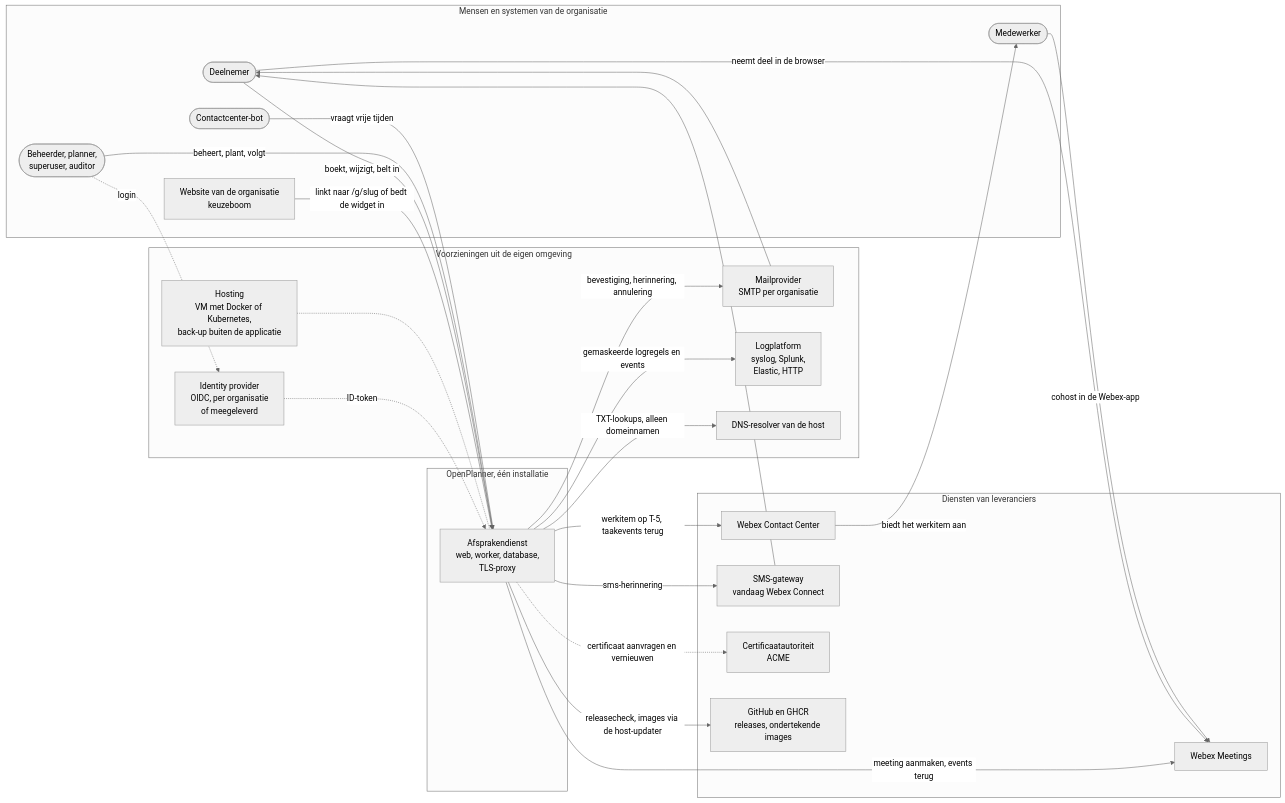
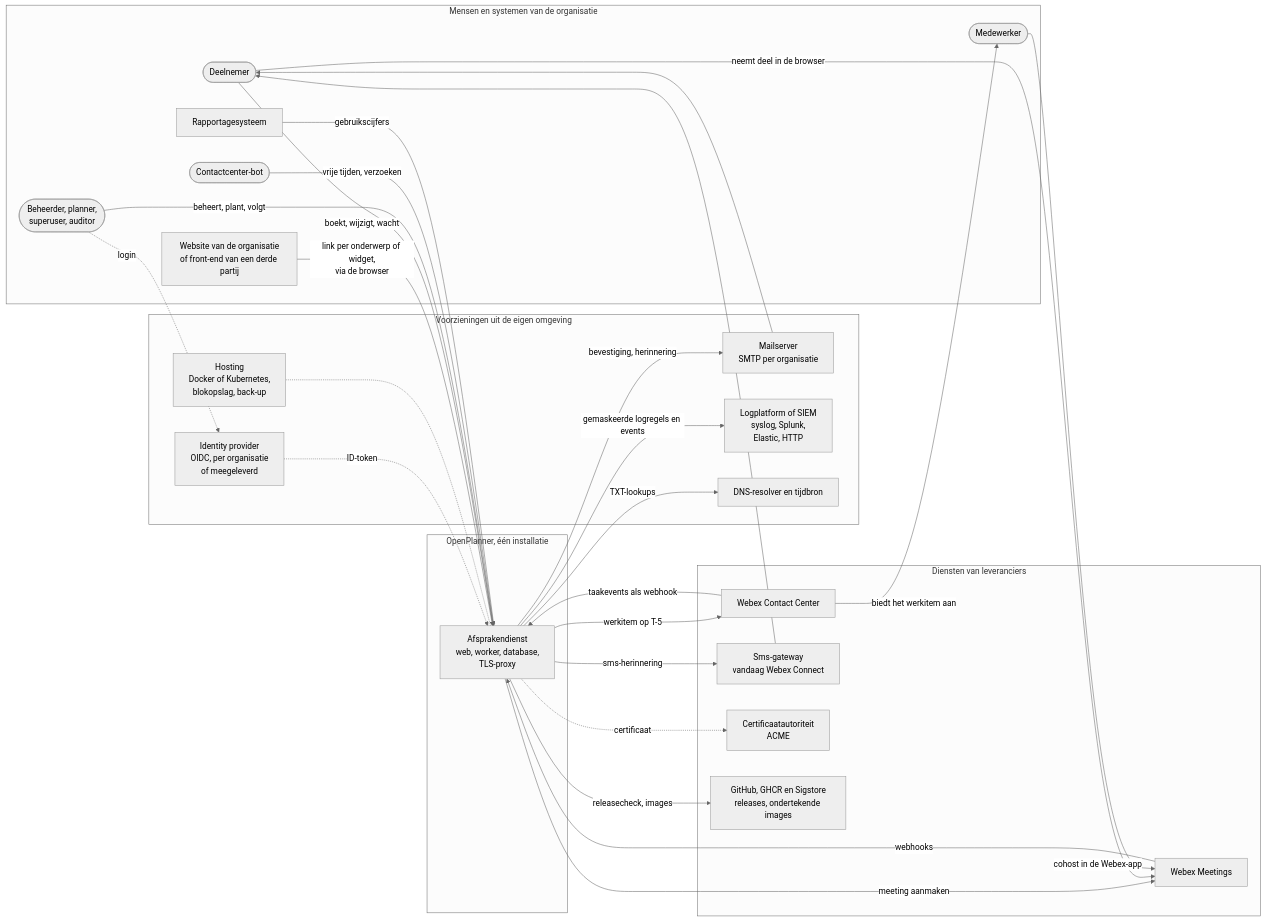
Before and after one commit to 3Corners-Labs/OpenPlanner: the first of 9 diagrams in docs/applicatie-architectuur.md, drawn with Mermaid (neutral theme). The commit also changed other lines of this file, not shown here.

First line of the commit message:
docs: application architecture concept 2, with every flow and the hosting impact

````diff
--- a/docs/applicatie-architectuur.md
+++ b/docs/applicatie-architectuur.md
@@ -270,49 +304,53 @@
 ```mermaid
 flowchart LR
     subgraph mensen [Mensen en systemen van de organisatie]
         deelnemer([Deelnemer])
-        website[Website van de organisatie<br/>keuzeboom]
+        website[Website van de organisatie<br/>of front-end van een derde partij]
         beheerder([Beheerder, planner,<br/>superuser, auditor])
         agent([Medewerker])
         bot([Contactcenter-bot])
+        rap[Rapportagesysteem]
     end
 
     subgraph op [OpenPlanner, één installatie]
         dienst[Afsprakendienst<br/>web, worker, database,<br/>TLS-proxy]
     end
 
     subgraph eigen [Voorzieningen uit de eigen omgeving]
         idp[Identity provider<br/>OIDC, per organisatie<br/>of meegeleverd]
-        mail[Mailprovider<br/>SMTP per organisatie]
-        logs[Logplatform<br/>syslog, Splunk,<br/>Elastic, HTTP]
-        dns[DNS-resolver van de host]
-        hosting[Hosting<br/>VM met Docker of Kubernetes,<br/>back-up buiten de applicatie]
+        mail[Mailserver<br/>SMTP per organisatie]
+        logs[Logplatform of SIEM<br/>syslog, Splunk,<br/>Elastic, HTTP]
+        dns[DNS-resolver en tijdbron]
+        hosting[Hosting<br/>Docker of Kubernetes,<br/>blokopslag, back-up]
     end
 
     subgraph leverancier [Diensten van leveranciers]
         video[Webex Meetings]
         cc[Webex Contact Center]
-        sms[SMS-gateway<br/>vandaag Webex Connect]
+        sms[Sms-gateway<br/>vandaag Webex Connect]
         acme[Certificaatautoriteit<br/>ACME]
-        gh[GitHub en GHCR<br/>releases, ondertekende images]
+        gh[GitHub, GHCR en Sigstore<br/>releases, ondertekende images]
     end
 
-    website -- "linkt naar /g/slug of bedt de widget in" --> dienst
-    deelnemer -- "boekt, wijzigt, belt in" --> dienst
+    website -- "link per onderwerp of widget,<br/>via de browser" --> dienst
+    deelnemer -- "boekt, wijzigt, wacht" --> dienst
     beheerder -- "beheert, plant, volgt" --> dienst
-    bot -- "vraagt vrije tijden" --> dienst
-    dienst -- "bevestiging, herinnering, annulering" --> mail --> deelnemer
+    bot -- "vrije tijden, verzoeken" --> dienst
+    rap -- "gebruikscijfers" --> dienst
+    dienst -- "bevestiging, herinnering" --> mail --> deelnemer
     dienst -- "sms-herinnering" --> sms --> deelnemer
-    dienst -- "meeting aanmaken, events terug" --> video
-    dienst -- "werkitem op T-5, taakevents terug" --> cc
+    dienst -- "meeting aanmaken" --> video
+    video -- "webhooks" --> dienst
+    dienst -- "werkitem op T-5" --> cc
+    cc -- "taakevents als webhook" --> dienst
     cc -- "biedt het werkitem aan" --> agent
     deelnemer -- "neemt deel in de browser" --> video
     agent -- "cohost in de Webex-app" --> video
     beheerder -. "login" .-> idp
     idp -. "ID-token" .-> dienst
     dienst -- "gemaskeerde logregels en events" --> logs
-    dienst -- "TXT-lookups, alleen domeinnamen" --> dns
-    dienst -- "releasecheck, images via de host-updater" --> gh
-    dienst -. "certificaat aanvragen en vernieuwen" .-> acme
+    dienst -- "TXT-lookups" --> dns
+    dienst -- "releasecheck, images" --> gh
+    dienst -. "certificaat" .-> acme
     hosting -.- dienst
 ```
````
